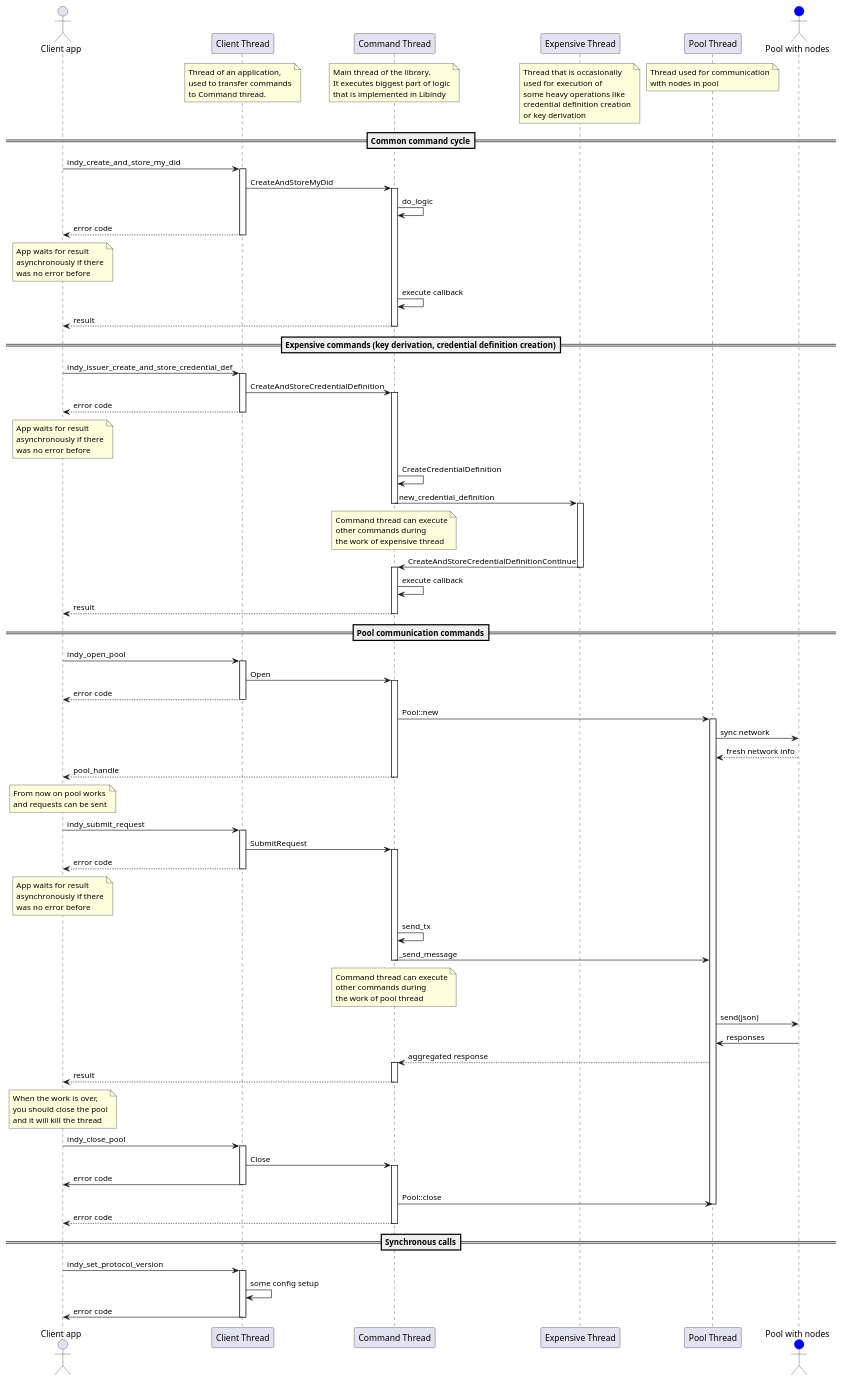
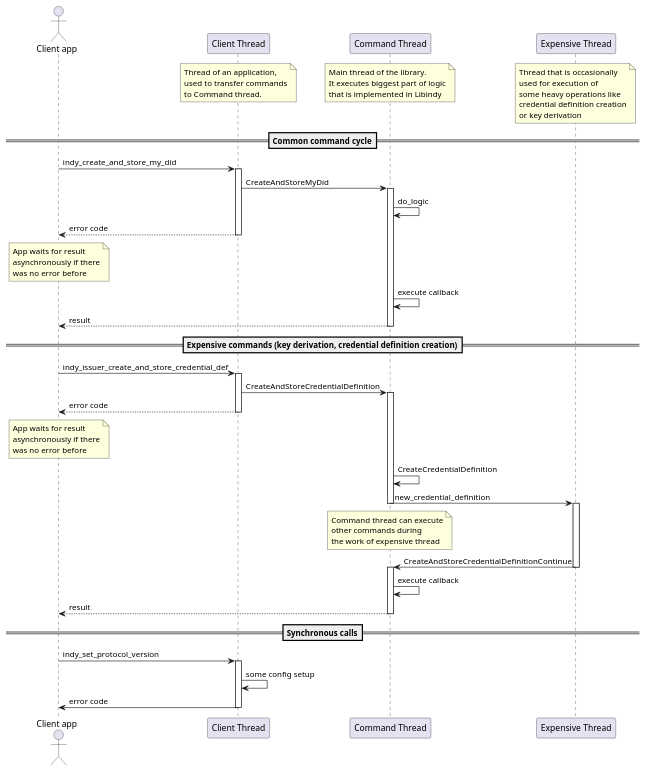
One commit to hyperledger-archives/indy-sdk changed the diagram in docs/architecture/threading-model.puml. Above: the diagram before and after it, drawn with PlantUML. The commit also changed 4 other files, not shown here.

Commit message:
IS-1334 -- Divided diagram in two pieces

```diff
--- a/docs/architecture/threading-model.puml
+++ b/docs/architecture/threading-model.puml
@@ -1,144 +1,75 @@
 @startuml
 actor "Client app" as App
 participant "Client Thread" as Client
 note over Client
     Thread of an application,
     used to transfer commands
     to Command thread.
 end note
 participant "Command Thread" as Command
 / note over Command
     Main thread of the library.
     It executes biggest part of logic
     that is implemented in Libindy
 end note
 participant "Expensive Thread" as Expensive
 / note over Expensive
     Thread that is occasionally
     used for execution of
     some heavy operations like
     credential definition creation
     or key derivation
 end note
-participant "Pool Thread" as Pool
-/ note over Pool
-    Thread used for communication
-    with nodes in pool
-end note
-actor "Pool with nodes" as Nodes #blue
 
 ==Common command cycle==
 App -> Client: indy_create_and_store_my_did
 activate Client
 Client -> Command: CreateAndStoreMyDid
 activate Command
 Command -> Command: do_logic
 Client --> App: error code
 note over App
     App waits for result
     asynchronously if there
     was no error before
 end note
 deactivate Client
 Command -> Command: execute callback
 Command --> App: result
 deactivate Command
 
 ==Expensive commands (key derivation, credential definition creation)==
 App -> Client: indy_issuer_create_and_store_credential_def
 activate Client
 Client -> Command: CreateAndStoreCredentialDefinition
 activate Command
 Client --> App: error code
 deactivate Client
 note over App
     App waits for result
     asynchronously if there
     was no error before
 end note
 Command -> Command: CreateCredentialDefinition
 Command -> Expensive: new_credential_definition
 deactivate Command
 note over Command
     Command thread can execute
     other commands during
     the work of expensive thread
 end note
 activate Expensive
 Expensive -> Command: CreateAndStoreCredentialDefinitionContinue
 deactivate Expensive
 activate Command
 Command -> Command: execute callback
 Command --> App: result
 deactivate Command
 
-==Pool communication commands==
-App -> Client: indy_open_pool
-activate Client
-Client -> Command: Open
-activate Command
-Client --> App: error code
-deactivate Client
-Command -> Pool: Pool::new
-activate Pool
-Pool -> Nodes: sync network
-Nodes --> Pool: fresh network info
-Command --> App: pool_handle
-deactivate Command
-
-note over App
-    From now on pool works
-    and requests can be sent
-end note
-
-App -> Client: indy_submit_request
-activate Client
-Client -> Command: SubmitRequest
-activate Command
-Client --> App: error code
-deactivate Client
-
-note over App
-    App waits for result
-    asynchronously if there
-    was no error before
-end note
-Command -> Command: send_tx
-Command -> Pool: _send_message
-note over Command
-    Command thread can execute
-    other commands during
-    the work of pool thread
-end note
-deactivate Command
-Pool -> Nodes: send(json)
-Nodes -> Pool: responses
-Pool --> Command: aggregated response
-activate Command
-Command --> App: result
-deactivate Command
-
-note over App
-    When the work is over,
-    you should close the pool
-    and it will kill the thread
-end note
-
-App -> Client: indy_close_pool
-activate Client
-Client -> Command: Close
-activate Command
-Client -> App: error code
-deactivate Client
-Command -> Pool: Pool::close
-deactivate Pool
-Command --> App: error code
-deactivate Command
-
 ==Synchronous calls==
 App -> Client: indy_set_protocol_version
 activate Client
 Client -> Client: some config setup
 Client -> App: error code
 deactivate Client
 @enduml
```
